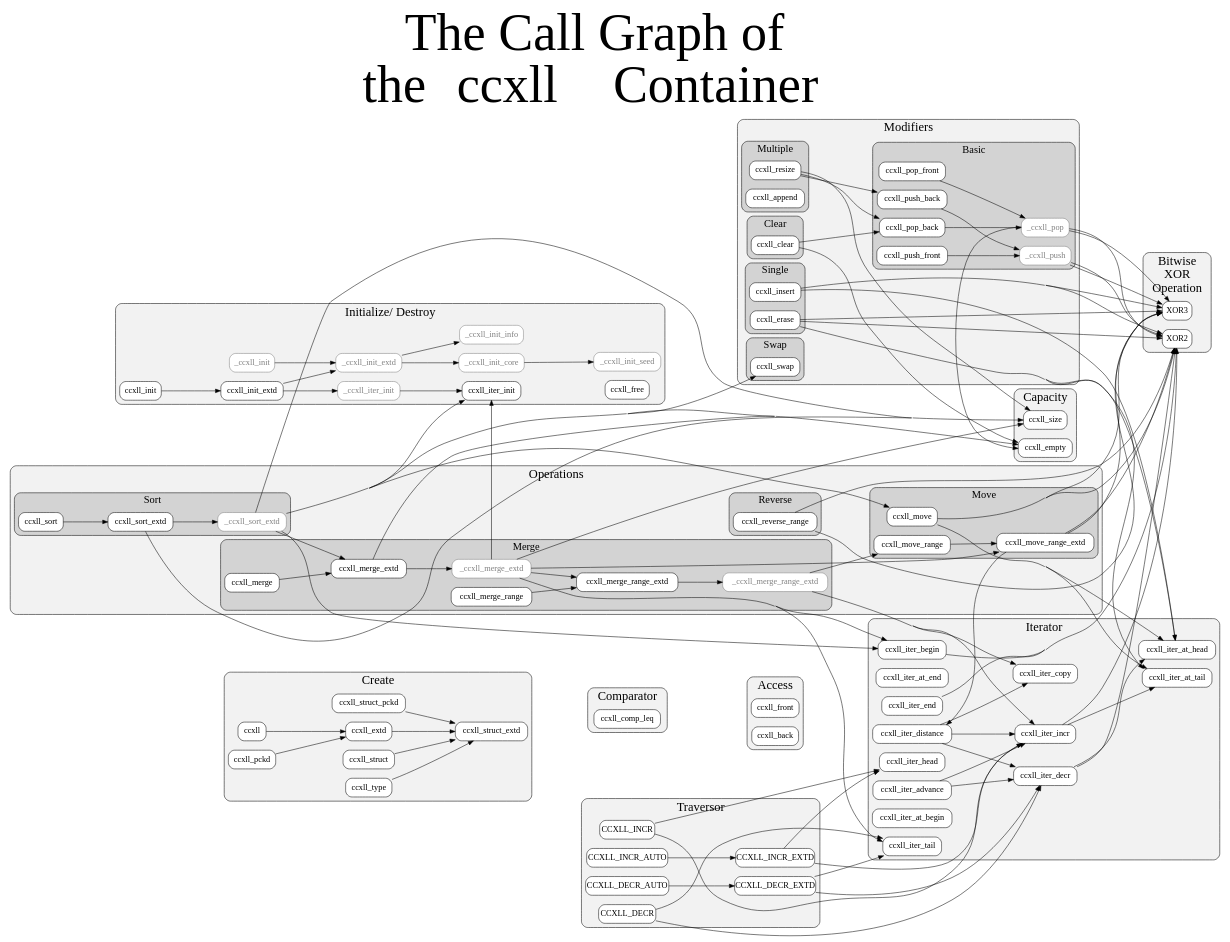
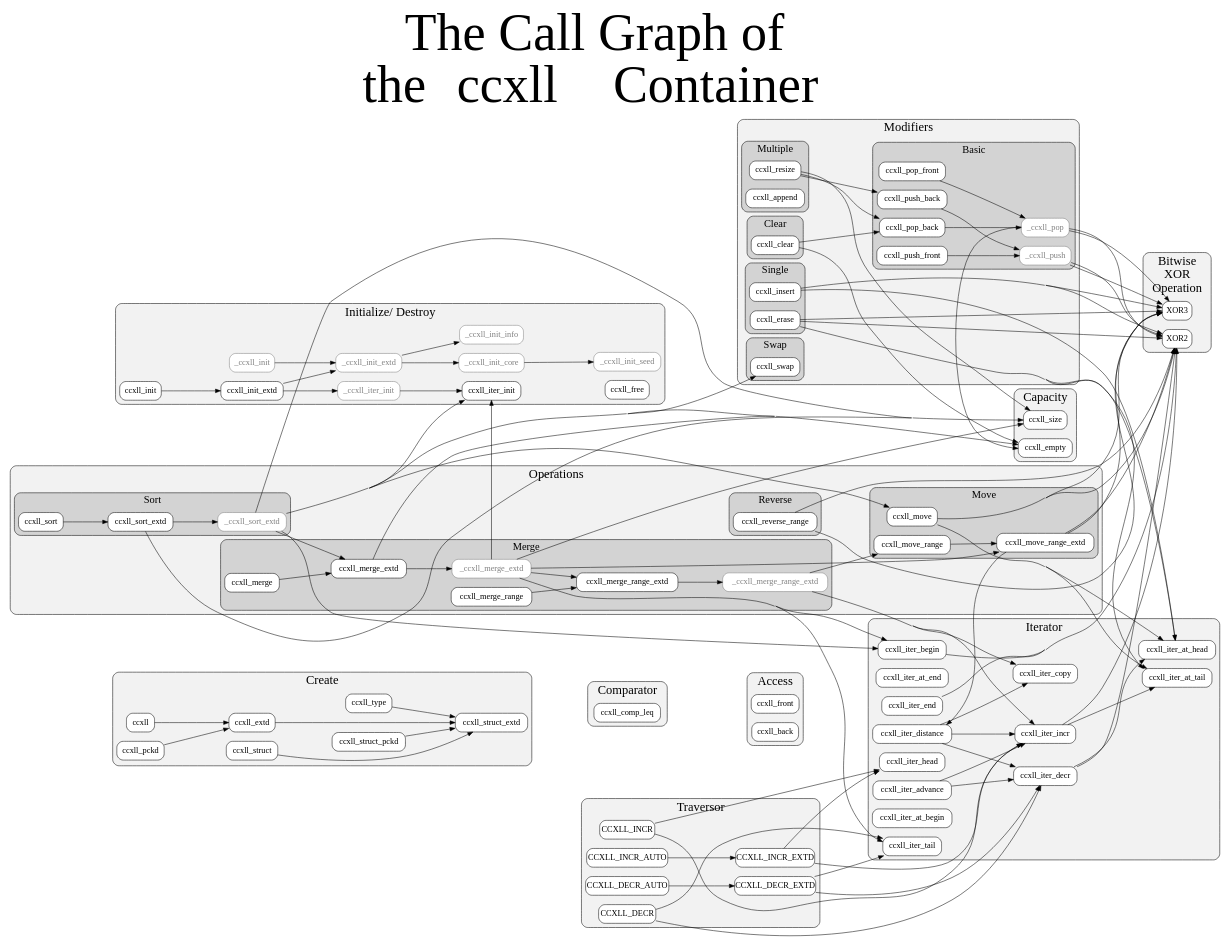
Before and after one commit to kevin-dong-nai-jia/OpenGC3: the diagram in tool/ccxll-call.dot, drawn with Graphviz. The commit also changed 1 other file, not shown here.

```diff
--- a/tool/ccxll-call.dot
+++ b/tool/ccxll-call.dot
@@ -1,200 +1,200 @@
 digraph
 {
     rankdir="LR"
     ranksep="1.2"
     concentrate="true"
     
     labelloc="t"
     label=<The Call Graph of<br/>the <FONT FACE="inconsolata">ccxll</FONT> Container<br/>>
     fontname="CMU Serif"
     fontsize="100"
 
     node [ shape="rect" style="rounded,filled" fillcolor="white" fontname="noto" fontsize="16" ]
 
     subgraph cluster_A {  }
 
     subgraph cluster_B { style="rounded, filled" label="Create" fontname="noto" fontsize="24" fillcolor="grey95"
                          ccxll_pckd
                          ccxll_type
                          ccxll_extd
                          ccxll_struct_pckd
                          ccxll_struct_extd
                          ccxll_struct
                          ccxll }
 
     subgraph cluster_C { style="rounded, filled" label="Initialize/ Destroy" fontname="noto" fontsize="24" fillcolor="grey95"
                          ccxll_init
                         _ccxll_init
                          ccxll_init_extd
                          ccxll_iter_init
                         _ccxll_init_extd
                         _ccxll_init_core
                         _ccxll_init_info
                         _ccxll_init_seed
                         _ccxll_iter_init
                          ccxll_free }
 
     subgraph cluster_D { style="rounded, filled" label="Iterator" fontname="noto" fontsize="24" fillcolor="grey95"
                          ccxll_iter_copy
                          ccxll_iter_head
                          ccxll_iter_tail
                          ccxll_iter_incr
                          ccxll_iter_decr
                          ccxll_iter_distance
                          ccxll_iter_advance
                          ccxll_iter_at_head
                          ccxll_iter_at_tail 
                          ccxll_iter_begin
                          ccxll_iter_end
                          ccxll_iter_at_begin
                          ccxll_iter_at_end }
 
     subgraph cluster_E { style="rounded, filled" label="Traversor" fontname="noto" fontsize="24" fillcolor="grey95"
                          CCXLL_INCR
                          CCXLL_INCR_AUTO
                          CCXLL_INCR_EXTD
                          CCXLL_DECR
                          CCXLL_DECR_AUTO
                          CCXLL_DECR_EXTD }
 
     subgraph cluster_F { style="rounded, filled" label="Capacity" fontname="noto" fontsize="24" fillcolor="grey95"
                        { rank="same"
                          ccxll_empty
                          ccxll_size } }
 
     subgraph cluster_G { style="rounded, filled" label="Modifiers" fontname="noto" fontsize="24" fillcolor="grey95"
 
                          subgraph cluster_1 { style="rounded, filled" label="Single" fontname="noto" fontsize="20" fillcolor="lightgrey"
                                               ccxll_insert
                                               ccxll_erase }
 
                          subgraph cluster_2 { style="rounded, filled" label="Multiple" fontname="noto" fontsize="20" fillcolor="lightgrey"
                                               ccxll_resize
                                               ccxll_append }
 
                          subgraph cluster_3 { style="rounded, filled" label="Clear" fontname="noto" fontsize="20" fillcolor="lightgrey"
                                               ccxll_clear }
                          
                          subgraph cluster_4 { style="rounded, filled" label="Swap" fontname="noto" fontsize="20" fillcolor="lightgrey"
                                               ccxll_swap }
 
                          subgraph cluster_5 { style="rounded, filled" label="Basic" fontname="noto" fontsize="20" fillcolor="lightgrey"
                                               ccxll_pop_front
                                               ccxll_pop_back
                                              _ccxll_pop
                                               ccxll_push_front
                                               ccxll_push_back
                                              _ccxll_push }
                        }
 
     subgraph cluster_H { style="rounded, filled" label="Operations" fontname="noto" fontsize="24" fillcolor="grey95"
 
 
                          subgraph cluster_6 { style="rounded, filled" label="Sort" fontname="noto" fontsize="20" fillcolor="lightgrey"
                                               ccxll_sort
                                               ccxll_sort_extd
                                              _ccxll_sort_extd }
 
                          subgraph cluster_7 { style="rounded, filled" label="Merge" fontname="noto" fontsize="20" fillcolor="lightgrey"
                                               ccxll_merge
                                               ccxll_merge_extd
                                              _ccxll_merge_extd
                                               ccxll_merge_range
                                               ccxll_merge_range_extd 
                                              _ccxll_merge_range_extd }
 
                          subgraph cluster_8 { style="rounded, filled" label="Move" fontname="noto" fontsize="20" fillcolor="lightgrey"
                                               ccxll_move
                                               ccxll_move_range
                                               ccxll_move_range_extd }
 
                          subgraph cluster_9 { style="rounded, filled" label="Reverse" fontname="noto" fontsize="20" fillcolor="lightgrey"
                                               ccxll_reverse_range }
                        }
 
     subgraph cluster_I { style="rounded, filled" label="Access" fontname="noto" fontsize="24" fillcolor="grey95" rank="2"
                          ccxll_front
                          ccxll_back
                        }
 
     subgraph cluster_J { style="rounded, filled" label="Bitwise\nXOR\nOperation" fontname="noto" fontsize="24" fillcolor="grey95"
                          XOR2
                          XOR3 }
 
     subgraph cluster_K { style="rounded, filled" label="Comparator" fontname="noto" fontsize="24" fillcolor="grey95"
                          ccxll_comp_leq }
 
-    { ccxll_pckd -> ccxll_struct [style="invis"] }
+    { ccxll_pckd -> ccxll_struct -> ccxll_struct_pckd [style="invis"] }
     { ccxll_iter_init -> ccxll_free [style="invis"] }
     { ccxll_reverse_range -> ccxll_move [style="invis"] }
     { _ccxll_init_seed    -> ccxll_swap [style="invis"] }
     { ccxll_struct_extd   -> ccxll_comp_leq -> ccxll_front -> ccxll_iter_at_end -> ccxll_empty -> XOR3 -> ccxll_merge [style="invis"] }
 
     { ccxll } -> { ccxll_extd }
     { ccxll_pckd } -> { ccxll_extd }
     { ccxll_extd } -> { ccxll_struct_extd }
     { ccxll_type } -> { ccxll_struct_extd }
     { ccxll_struct } -> { ccxll_struct_extd }
     { ccxll_struct_pckd } -> { ccxll_struct_extd }
     { ccxll_struct_extd } -> { }
     { ccxll_init } -> { ccxll_init_extd }
     { ccxll_init_extd } -> { _ccxll_init_extd _ccxll_iter_init }
     { _ccxll_init [ color=gray50 fontcolor=gray50 ] } -> { _ccxll_init_extd }
     { _ccxll_init_extd [ color=gray50 fontcolor=gray50 ] } -> { _ccxll_init_core _ccxll_init_info }
     { _ccxll_init_core [ color=gray50 fontcolor=gray50 ] } -> { _ccxll_init_seed }
     { _ccxll_init_seed [ color=gray50 fontcolor=gray50 ] } -> { }
     { _ccxll_init_info [ color=gray50 fontcolor=gray50 ] } -> { }
     { ccxll_iter_init } -> { }
     { _ccxll_iter_init [ color=gray50 fontcolor=gray50 ] } -> { ccxll_iter_init }
     { ccxll_free } -> { }
     { XOR2 } -> { }
     { XOR3 } -> { }
     { ccxll_front } -> { }
     { ccxll_back } -> { }
     { ccxll_size } -> { }
     { ccxll_empty } -> { }
     { ccxll_push_front } -> { _ccxll_push }
     { ccxll_push_back } -> { _ccxll_push }
     { _ccxll_push [ color=gray50 fontcolor=gray50 ] } -> { XOR2 XOR3 }
     { ccxll_pop_front } -> { _ccxll_pop }
     { ccxll_pop_back } -> { _ccxll_pop }
     { _ccxll_pop [ color=gray50 fontcolor=gray50 ] } -> { ccxll_empty XOR2 XOR3 }
     { ccxll_insert } -> { ccxll_iter_at_head XOR2 XOR3 XOR3 }
     { ccxll_erase } -> { ccxll_iter_at_head ccxll_iter_at_tail XOR3 XOR3 XOR2 }
     { ccxll_swap } -> { }
     { ccxll_resize } -> { ccxll_size ccxll_pop_back ccxll_push_back }
     { ccxll_clear } -> { ccxll_empty ccxll_pop_back }
     { ccxll_move } -> { ccxll_iter_at_head ccxll_iter_at_head ccxll_iter_at_tail XOR3 XOR3 XOR2 XOR3 XOR3 XOR2 }
     { ccxll_move_range } -> { ccxll_move_range_extd }
     { ccxll_move_range_extd } -> { ccxll_iter_distance XOR3 XOR3 XOR3 XOR3 XOR3 XOR3 XOR2 XOR2 XOR2 }
     { ccxll_merge } -> { ccxll_merge_extd }
     { ccxll_merge_extd } -> { ccxll_empty _ccxll_merge_extd }
     { _ccxll_merge_extd [ color=gray50 fontcolor=gray50 ] } -> { ccxll_iter_tail ccxll_iter_begin ccxll_iter_tail ccxll_move_range_extd ccxll_size ccxll_iter_begin ccxll_iter_init ccxll_iter_tail ccxll_merge_range_extd }
     { ccxll_merge_range } -> { ccxll_merge_range_extd }
     { ccxll_merge_range_extd } -> { _ccxll_merge_range_extd }
     { _ccxll_merge_range_extd [ color=gray50 fontcolor=gray50 ] } -> { ccxll_iter_copy ccxll_iter_incr ccxll_iter_copy ccxll_iter_copy ccxll_iter_incr ccxll_iter_incr ccxll_move_range ccxll_iter_copy ccxll_iter_copy ccxll_iter_copy }
     { ccxll_sort } -> { ccxll_sort_extd }
     { ccxll_sort_extd } -> { ccxll_size _ccxll_sort_extd }
     { _ccxll_sort_extd [ color=gray50 fontcolor=gray50 ] } -> { ccxll_size ccxll_iter_init ccxll_iter_init ccxll_iter_begin ccxll_iter_begin ccxll_move ccxll_empty ccxll_merge_extd ccxll_swap ccxll_swap ccxll_empty ccxll_merge_extd }
     { ccxll_reverse_range } -> { XOR3 XOR3 XOR3 XOR3 XOR2 XOR2 }
     { ccxll_comp_leq } -> { }
     { ccxll_iter_copy } -> { }
     { ccxll_iter_head } -> { }
     { ccxll_iter_tail } -> { }
     { ccxll_iter_begin } -> { XOR2 }
     { ccxll_iter_end } -> { XOR2 }
     { ccxll_iter_at_head } -> { }
     { ccxll_iter_at_tail } -> { }
     { ccxll_iter_at_begin } -> { }
     { ccxll_iter_at_end } -> { }
     { ccxll_iter_incr } -> { ccxll_iter_at_tail XOR2 }
     { ccxll_iter_decr } -> { ccxll_iter_at_head XOR2 }
     { ccxll_iter_advance } -> { ccxll_iter_incr ccxll_iter_decr }
     { ccxll_iter_distance } -> { ccxll_iter_copy ccxll_iter_incr ccxll_iter_copy ccxll_iter_decr ccxll_iter_copy }
     { CCXLL_INCR } -> { ccxll_iter_head ccxll_iter_incr }
     { CCXLL_INCR_AUTO } -> { CCXLL_INCR_EXTD }
     { CCXLL_INCR_EXTD } -> { ccxll_iter_head ccxll_iter_incr }
     { CCXLL_DECR } -> { ccxll_iter_tail ccxll_iter_decr }
     { CCXLL_DECR_AUTO } -> { CCXLL_DECR_EXTD }
     { CCXLL_DECR_EXTD } -> { ccxll_iter_tail ccxll_iter_decr }
 }
```
